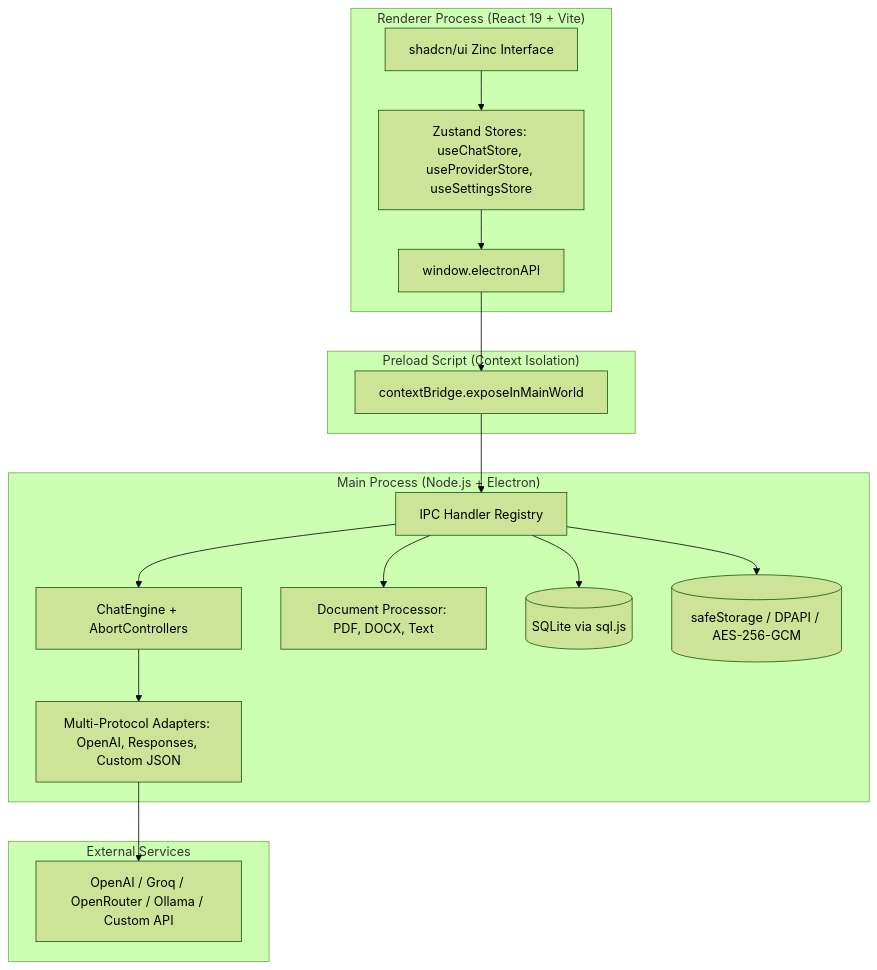
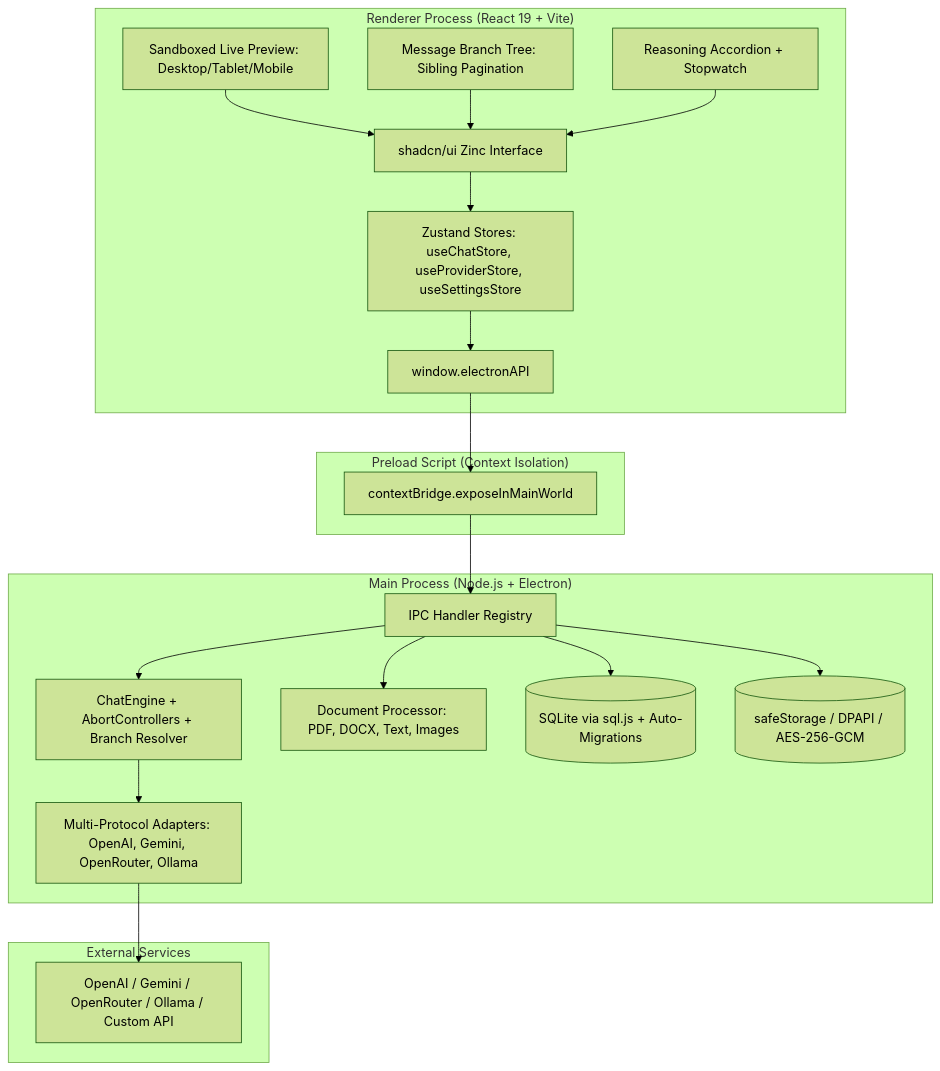
Before and after one commit to brick-24/box-llm-ui: the diagram in README.md, drawn with Mermaid (forest theme). The commit also changed other lines of this file and 33 other files, not shown here.

Commit message:
added branching, thinking, artifacts, etc

````diff
--- a/README.md
+++ b/README.md
@@ -39,36 +65,42 @@
 ```mermaid
 graph TD
     subgraph Renderer ["Renderer Process (React 19 + Vite)"]
         UI[shadcn/ui Zinc Interface]
+        Artifacts[Sandboxed Live Preview: Desktop/Tablet/Mobile]
+        Branching[Message Branch Tree: Sibling Pagination]
+        Thinking[Reasoning Accordion + Stopwatch]
         Zustand[Zustand Stores: useChatStore, useProviderStore, useSettingsStore]
         Bridge[window.electronAPI]
     end
 
     subgraph Preload ["Preload Script (Context Isolation)"]
         CB[contextBridge.exposeInMainWorld]
     end
 
     subgraph Main ["Main Process (Node.js + Electron)"]
         IPC[IPC Handler Registry]
-        Engine[ChatEngine + AbortControllers]
-        DocProc[Document Processor: PDF, DOCX, Text]
-        Adapters[Multi-Protocol Adapters: OpenAI, Responses, Custom JSON]
-        DB[(SQLite via sql.js)]
+        Engine[ChatEngine + AbortControllers + Branch Resolver]
+        DocProc[Document Processor: PDF, DOCX, Text, Images]
+        Adapters[Multi-Protocol Adapters: OpenAI, Gemini, OpenRouter, Ollama]
+        DB[(SQLite via sql.js + Auto-Migrations)]
         Keyring[(safeStorage / DPAPI / AES-256-GCM)]
     end
 
     subgraph External ["External Services"]
-        APIs[OpenAI / Groq / OpenRouter / Ollama / Custom API]
+        APIs[OpenAI / Gemini / OpenRouter / Ollama / Custom API]
     end
 
     UI --> Zustand
+    Artifacts --> UI
+    Branching --> UI
+    Thinking --> UI
     Zustand --> Bridge
     Bridge --> CB
     CB --> IPC
     IPC --> Engine
     IPC --> DocProc
     IPC --> DB
     IPC --> Keyring
     Engine --> Adapters
     Adapters --> APIs
 ```
````
